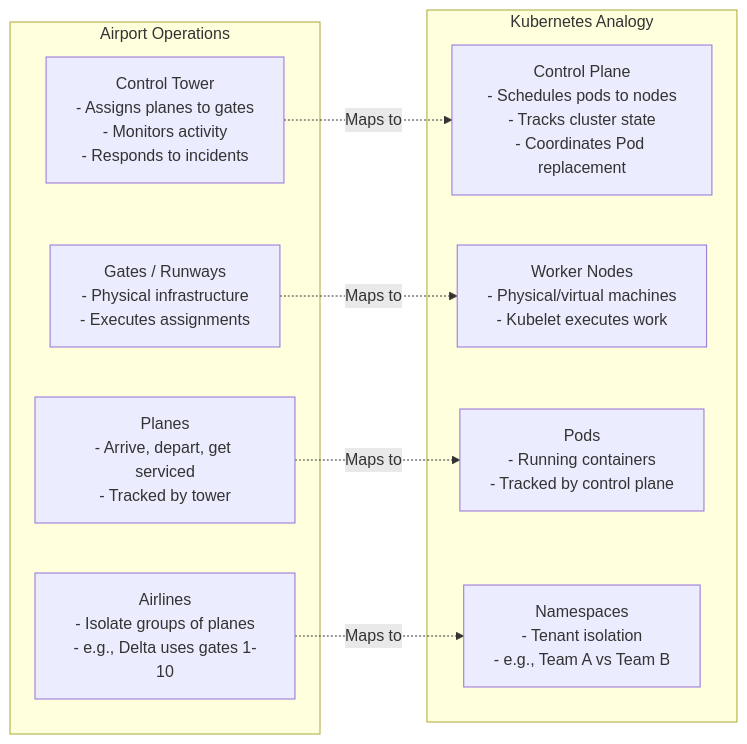
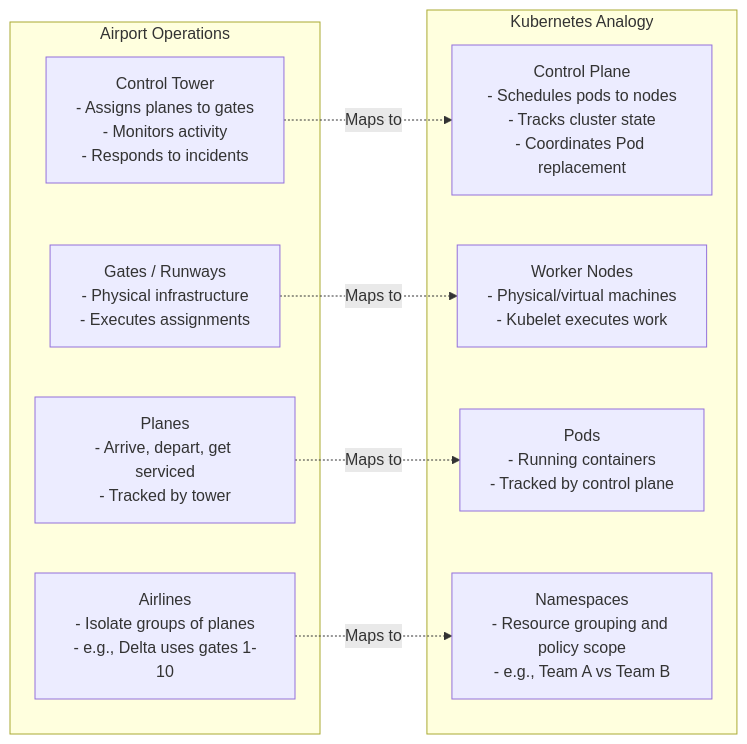
One commit to kube-dojo/kube-dojo.github.io changed the second of 4 diagrams in src/content/docs/prerequisites/cloud-native-101/module-1.3-what-is-kubernetes.md. Above: the diagram before and after it, drawn with Mermaid. The commit also changed other lines of this file and 5 other files, not shown here.

Commit message:
fix(prerequisites): qualify orchestration and architecture claims (#2278)

````diff
--- a/src/content/docs/prerequisites/cloud-native-101/module-1.3-what-is-kubernetes.md
+++ b/src/content/docs/prerequisites/cloud-native-101/module-1.3-what-is-kubernetes.md
@@ -74,21 +74,21 @@
 ```mermaid
 flowchart LR
     subgraph Airport["Airport Operations"]
         Tower[Control Tower\n- Assigns planes to gates\n- Monitors activity\n- Responds to incidents]
         Gates[Gates / Runways\n- Physical infrastructure\n- Executes assignments]
         Planes[Planes\n- Arrive, depart, get serviced\n- Tracked by tower]
         Airlines[Airlines\n- Isolate groups of planes\n- e.g., Delta uses gates 1-10]
     end
 
     subgraph K8s["Kubernetes Analogy"]
         CP[Control Plane\n- Schedules pods to nodes\n- Tracks cluster state\n- Coordinates Pod replacement]
         Nodes[Worker Nodes\n- Physical/virtual machines\n- Kubelet executes work]
         Pods[Pods\n- Running containers\n- Tracked by control plane]
-        NS[Namespaces\n- Tenant isolation\n- e.g., Team A vs Team B]
+        NS[Namespaces\n- Resource grouping and policy scope\n- e.g., Team A vs Team B]
     end
 
     Tower -.->|"Maps to"| CP
     Gates -.->|"Maps to"| Nodes
     Planes -.->|"Maps to"| Pods
     Airlines -.->|"Maps to"| NS
 ```
````
